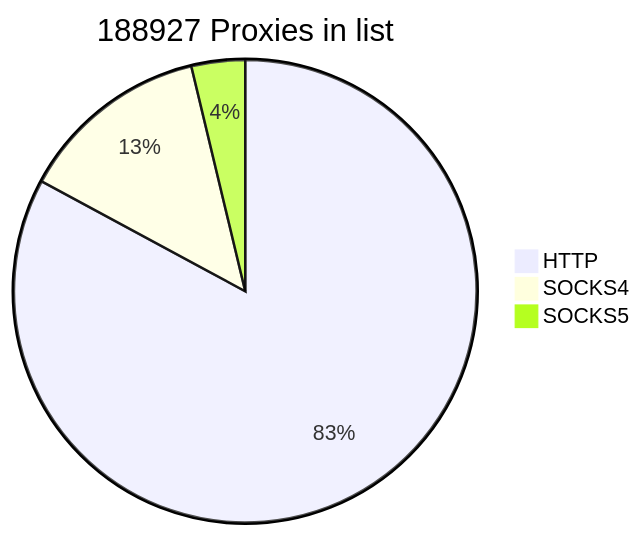
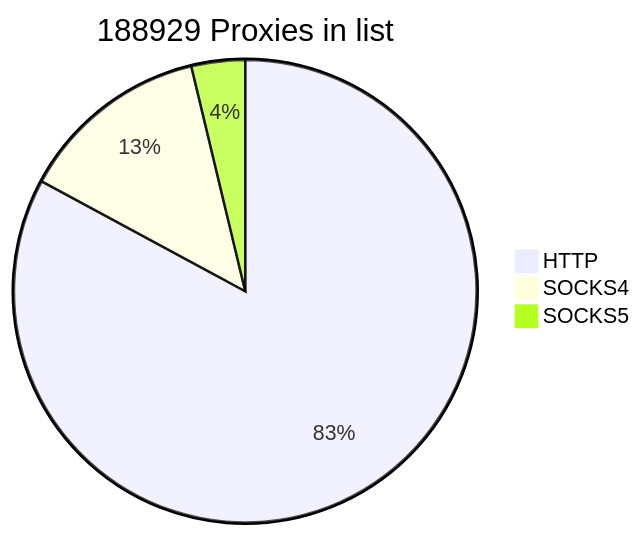
The first of 2 diagrams in README.md (cutipu/proxylist), drawn with Mermaid before and after one commit. The commit also changed other lines of this file, not shown here.

````diff
--- a/README.md
+++ b/README.md
@@ -2,7 +2,7 @@
 ```mermaid
-pie title 188927 Proxies in list
+pie title 188929 Proxies in list
     "HTTP" : 156580
     "SOCKS4" : 25270
-    "SOCKS5" : 7077
+    "SOCKS5" : 7079
             
 ```
````
